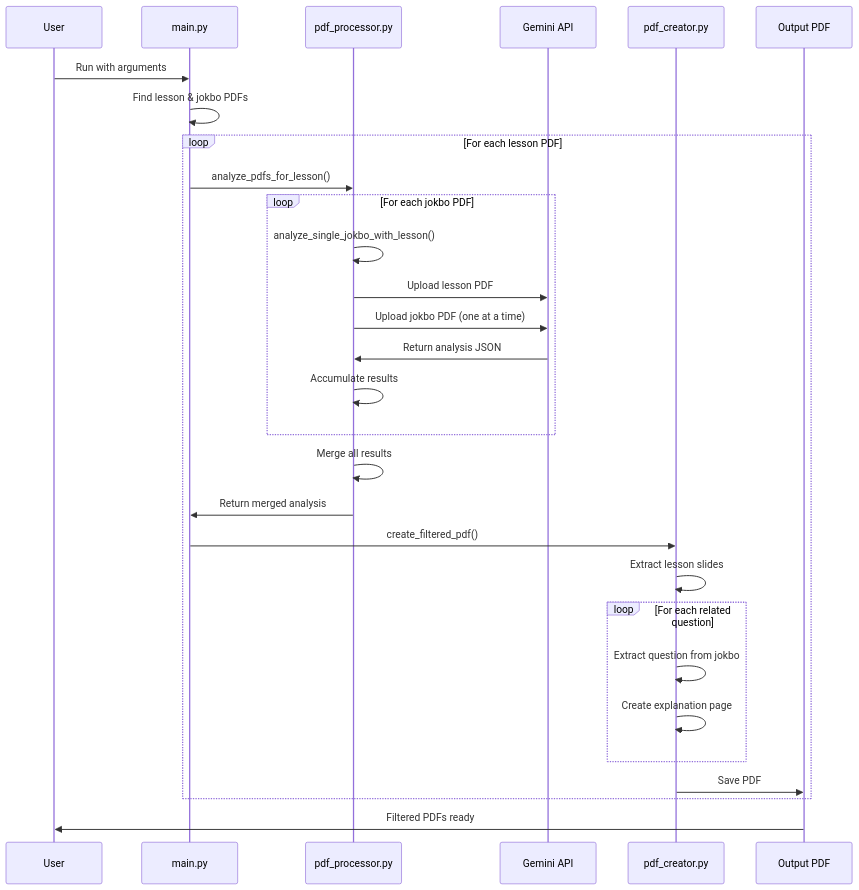
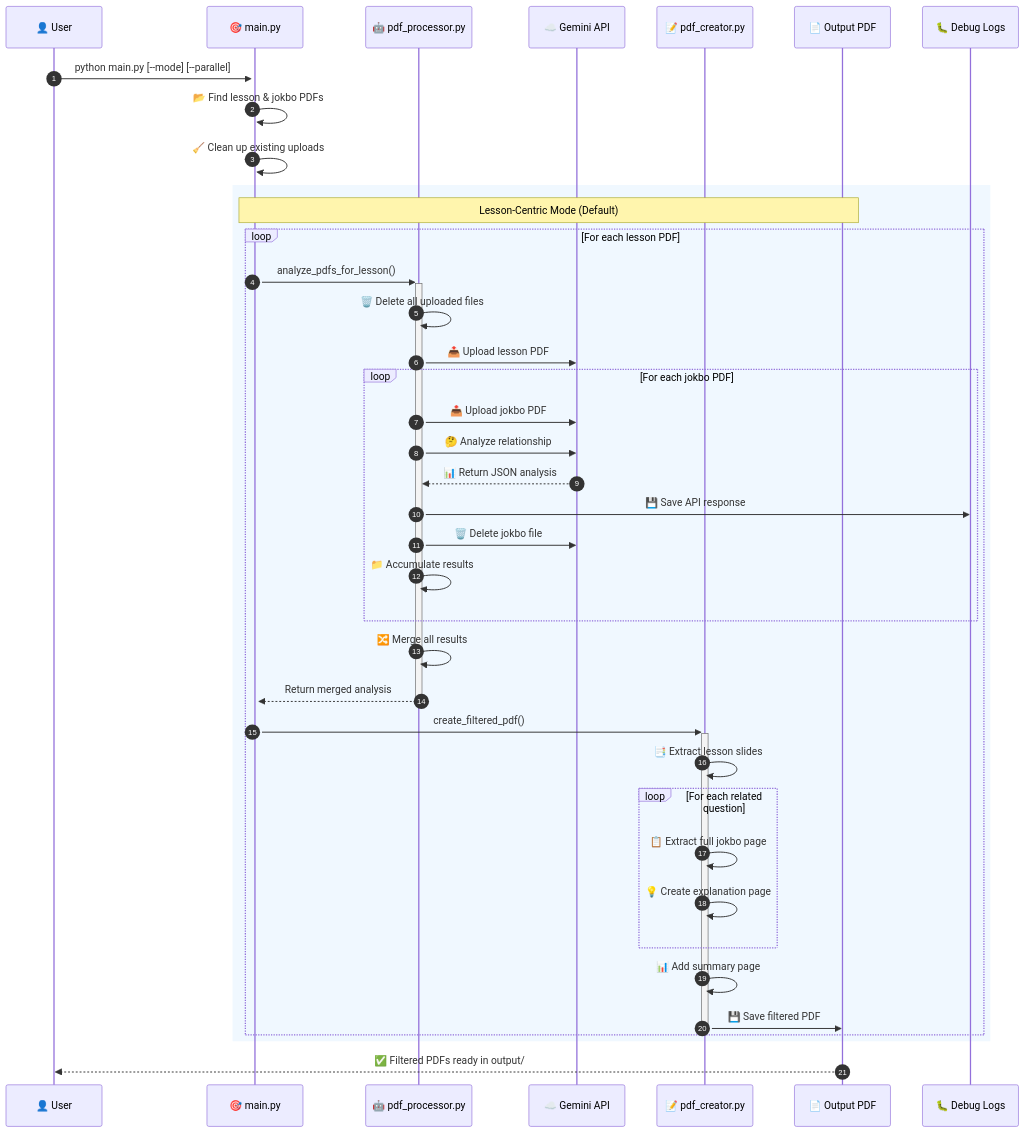
One commit to ksw6895/jokbodude changed the second of 4 diagrams in architecture.md. Above: the diagram before and after it, drawn with Mermaid. The commit also changed other lines of this file and 7 other files, not shown here.

````diff
--- a/architecture.md
+++ b/architecture.md
@@ -23,39 +60,49 @@
 ```mermaid
 sequenceDiagram
-    participant User
-    participant Main as main.py
-    participant Processor as pdf_processor.py
-    participant Gemini as Gemini API
-    participant Creator as pdf_creator.py
-    participant Output as Output PDF
+    autonumber
+    participant User as 👤 User
+    participant Main as 🎯 main.py
+    participant Processor as 🤖 pdf_processor.py
+    participant Gemini as ☁️ Gemini API
+    participant Creator as 📝 pdf_creator.py
+    participant Output as 📄 Output PDF
+    participant Debug as 🐛 Debug Logs
 
-    User->>Main: Run with arguments
-    Main->>Main: Find lesson & jokbo PDFs
+    User->>+Main: python main.py [--mode] [--parallel]
+    Main->>Main: 📂 Find lesson & jokbo PDFs
+    Main->>Main: 🧹 Clean up existing uploads
     
-    loop For each lesson PDF
-        Main->>Processor: analyze_pdfs_for_lesson()
-        
-        loop For each jokbo PDF
-            Processor->>Processor: analyze_single_jokbo_with_lesson()
-            Processor->>Gemini: Upload lesson PDF
-            Processor->>Gemini: Upload jokbo PDF (one at a time)
-            Gemini->>Processor: Return analysis JSON
-            Processor->>Processor: Accumulate results
+    rect rgb(240, 248, 255)
+        Note over Main,Output: Lesson-Centric Mode (Default)
+        loop For each lesson PDF
+            Main->>+Processor: analyze_pdfs_for_lesson()
+            Processor->>Processor: 🗑️ Delete all uploaded files
+            Processor->>Gemini: 📤 Upload lesson PDF
+            
+            loop For each jokbo PDF
+                Processor->>Gemini: 📤 Upload jokbo PDF
+                Processor->>Gemini: 🤔 Analyze relationship
+                Gemini-->>Processor: 📊 Return JSON analysis
+                Processor->>Debug: 💾 Save API response
+                Processor->>Gemini: 🗑️ Delete jokbo file
+                Processor->>Processor: 📁 Accumulate results
+            end
+            
+            Processor->>Processor: 🔀 Merge all results
+            Processor-->>-Main: Return merged analysis
+            
+            Main->>+Creator: create_filtered_pdf()
+            Creator->>Creator: 📑 Extract lesson slides
+            
+            loop For each related question
+                Creator->>Creator: 📋 Extract full jokbo page
+                Creator->>Creator: 💡 Create explanation page
+            end
+            
+            Creator->>Creator: 📊 Add summary page
+            Creator->>-Output: 💾 Save filtered PDF
         end
-        
-        Processor->>Processor: Merge all results
-        Processor->>Main: Return merged analysis
-        
-        Main->>Creator: create_filtered_pdf()
-        Creator->>Creator: Extract lesson slides
-        
-        loop For each related question
-            Creator->>Creator: Extract question from jokbo
-            Creator->>Creator: Create explanation page
-        end
-        
-        Creator->>Output: Save PDF
     end
 
-    Output->>User: Filtered PDFs ready
+    Output-->>User: ✅ Filtered PDFs ready in output/
 ```
````
